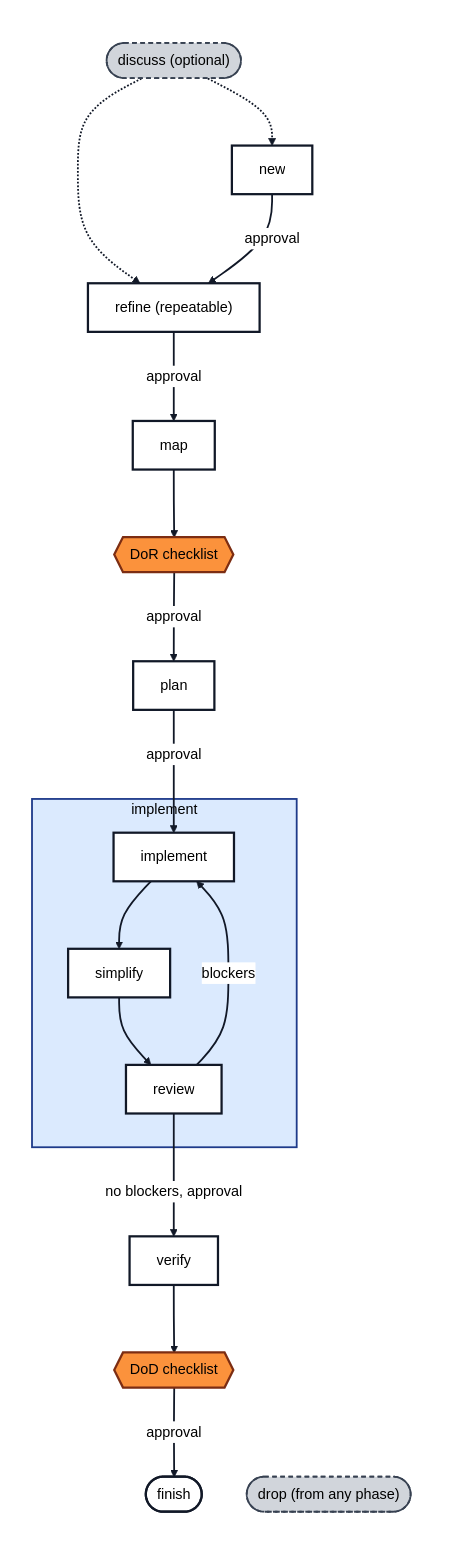
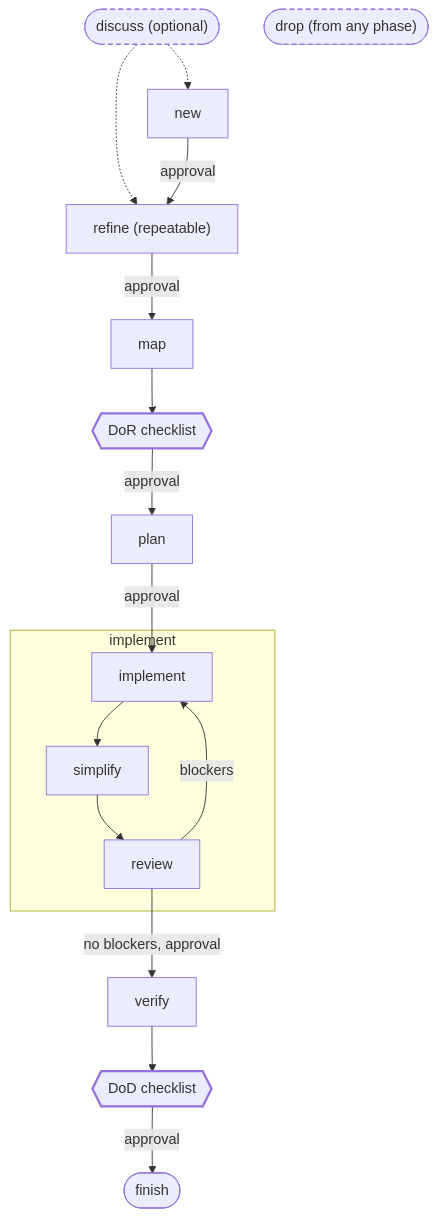
Before and after one commit to CreativeCodersTeam/shade-kit: the first of 4 diagrams in research/shade-kit-concept.md, drawn with Mermaid. The commit also changed other lines of this file, not shown here.

Commit message:
docs: streamline ShadeKit diagrams and refine workflow structures
- Simplified phase flow diagram by removing redundant subgraph containers and unnecessary visual stylings.
- Refined workflow profiles with a more consistent layout and reduced visual clutter for easier interpretation.
- Adjusted Mermaid configurations to maintain clarity across multiple contexts.

````diff
--- a/research/shade-kit-concept.md
+++ b/research/shade-kit-concept.md
@@ -322,44 +322,35 @@
 ```mermaid
-%%{init: {"theme": "base", "themeVariables": {"fontSize": "16px", "primaryColor": "#ffffff", "primaryBorderColor": "#111827", "primaryTextColor": "#000000", "secondaryColor": "#e2e8f0", "tertiaryColor": "#e2e8f0", "textColor": "#000000", "titleColor": "#000000", "lineColor": "#111827", "clusterBkg": "#dbeafe", "clusterBorder": "#1e3a8a", "edgeLabelBackground": "#ffffff"}}}%%
 flowchart TB
-    subgraph canvas[" "]
-        direction TB
-        discuss(["discuss (optional)"])
-        drop(["drop (from any phase)"])
-        new["new"]
-        refine["refine (repeatable)"]
-        map["map"]
-        dor{{"DoR checklist"}}
-        plan["plan"]
+    discuss(["discuss (optional)"])
+    drop(["drop (from any phase)"])
+    new["new"]
+    refine["refine (repeatable)"]
+    map["map"]
+    dor{{"DoR checklist"}}
+    plan["plan"]
 
-        subgraph implement_loop["implement"]
-            impl["implement"] --> simplify["simplify"] --> review["review"]
-            review -- "blockers" --> impl
-        end
-
-        verify["verify"]
-        dod{{"DoD checklist"}}
-        finish(["finish"])
-
-        discuss -.-> new
-        discuss -.-> refine
-        new -- "approval" --> refine
-        refine -- "approval" --> map
-        map --> dor
-        dor -- "approval" --> plan
-        plan -- "approval" --> impl
-        review -- "no blockers, approval" --> verify
-        verify --> dod
-        dod -- "approval" --> finish
+    subgraph implement_loop["implement"]
+        impl["implement"] --> simplify["simplify"] --> review["review"]
+        review -- "blockers" --> impl
     end
 
-    linkStyle default stroke:#111827,stroke-width:2px
-    style canvas fill:#ffffff,stroke:#ffffff
-    style implement_loop fill:#dbeafe,stroke:#1e3a8a,stroke-width:2px,color:#000000
-    classDef phase fill:#ffffff,stroke:#111827,stroke-width:2.5px,color:#000000
-    classDef checklist fill:#fb923c,stroke:#7c2d12,stroke-width:2.5px,color:#000000
-    classDef side fill:#d1d5db,stroke:#374151,stroke-width:2px,color:#000000,stroke-dasharray:5 4
-    class new,refine,map,plan,impl,simplify,review,verify,finish phase
+    verify["verify"]
+    dod{{"DoD checklist"}}
+    finish(["finish"])
+
+    discuss -.-> new
+    discuss -.-> refine
+    new -- "approval" --> refine
+    refine -- "approval" --> map
+    map --> dor
+    dor -- "approval" --> plan
+    plan -- "approval" --> impl
+    review -- "no blockers, approval" --> verify
+    verify --> dod
+    dod -- "approval" --> finish
+
+    classDef checklist stroke-width:2.5px
+    classDef side stroke-dasharray:5 4
     class dor,dod checklist
     class discuss,drop side
 ```
````
